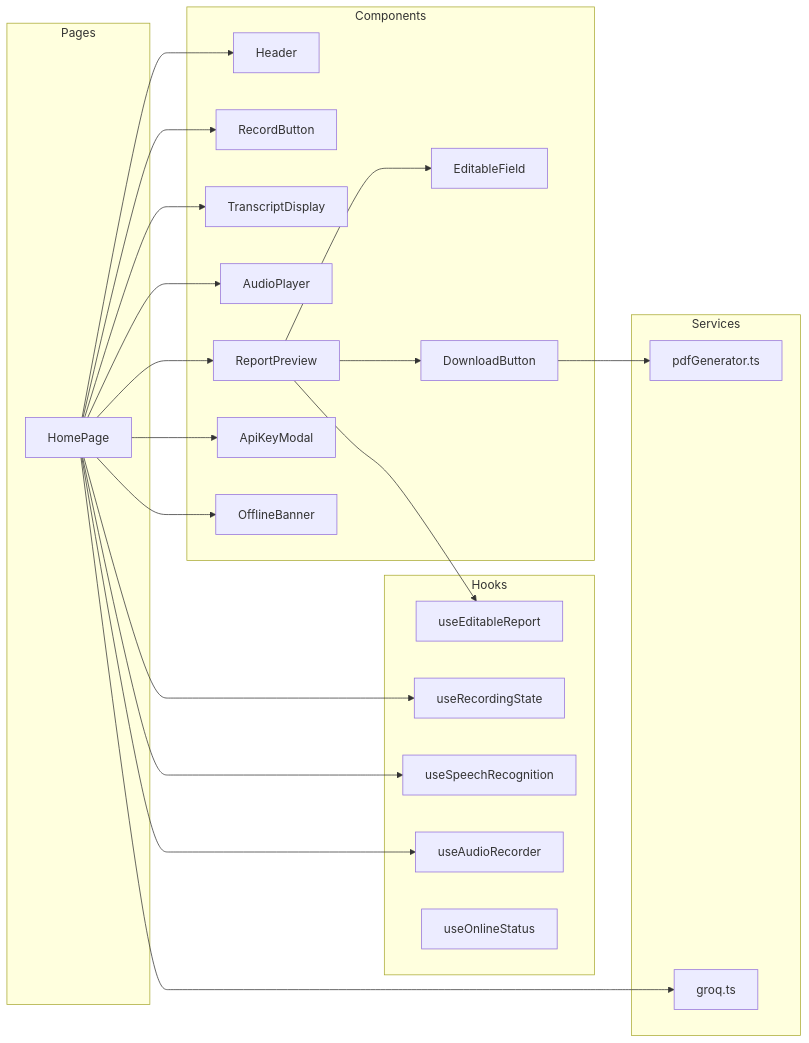
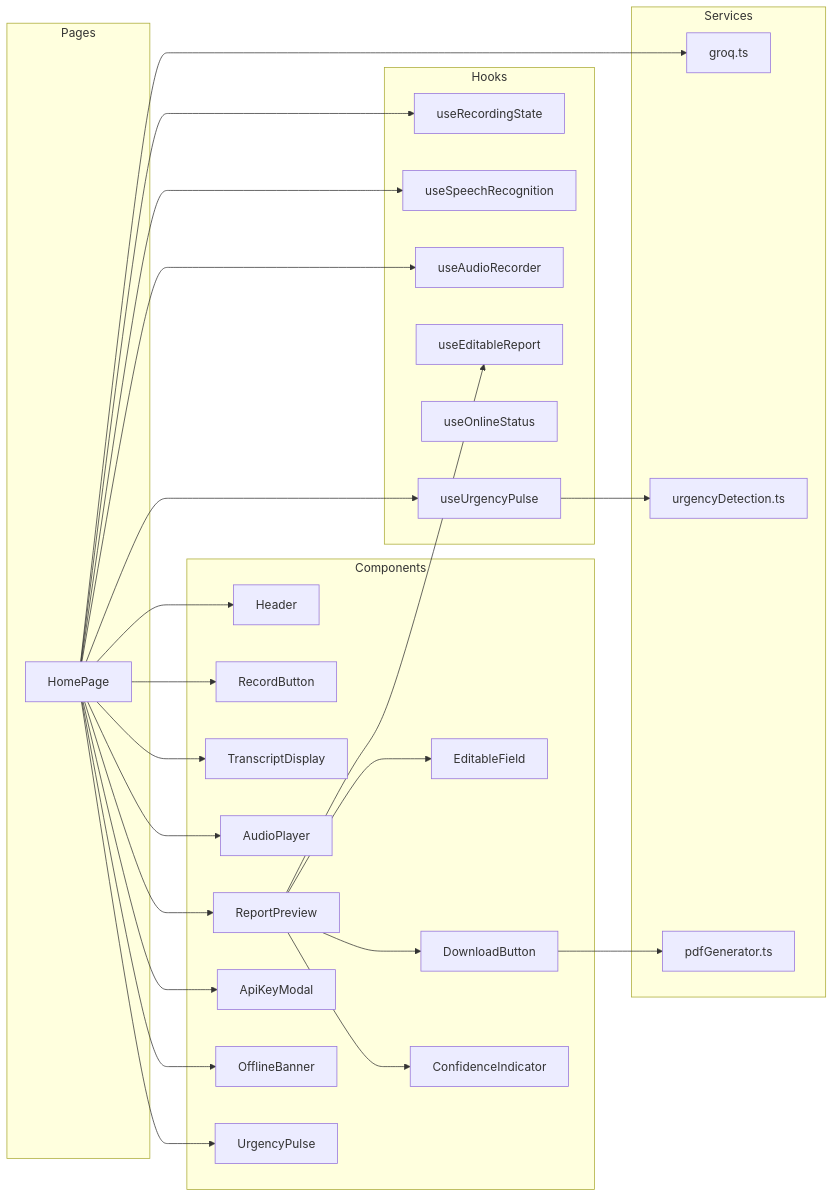
Before and after one commit to Rahul-sch/VetTriage: the second of 3 diagrams in README.md, drawn with Mermaid. The commit also changed other lines of this file and 6 other files, not shown here.

First line of the commit message:
feat: add Real-Time Urgency Pulse with visual indicators

````diff
--- a/README.md
+++ b/README.md
@@ -54,50 +89,58 @@
 ```mermaid
 flowchart LR
     subgraph pages [Pages]
         HP[HomePage]
     end
 
     subgraph components [Components]
         HD[Header]
         RB[RecordButton]
         TD[TranscriptDisplay]
         AP[AudioPlayer]
         RP[ReportPreview]
         EF[EditableField]
         DB[DownloadButton]
         AKM[ApiKeyModal]
         OB[OfflineBanner]
+        UP[UrgencyPulse]
+        CI[ConfidenceIndicator]
     end
 
     subgraph hooks [Hooks]
         URS[useRecordingState]
         USR[useSpeechRecognition]
         UAR[useAudioRecorder]
         UER[useEditableReport]
         UOS[useOnlineStatus]
+        UUP[useUrgencyPulse]
     end
 
     subgraph services [Services]
         GS[groq.ts]
+        UD[urgencyDetection.ts]
         PDF[pdfGenerator.ts]
     end
 
     HP --> HD
     HP --> RB
     HP --> TD
     HP --> AP
     HP --> RP
     HP --> AKM
     HP --> OB
+    HP --> UP
 
     HP --> URS
     HP --> USR
     HP --> UAR
+    HP --> UUP
 
     RP --> EF
     RP --> DB
     RP --> UER
+    RP --> CI
 
     DB --> PDF
     HP --> GS
+    UUP --> UD
 ```
````
